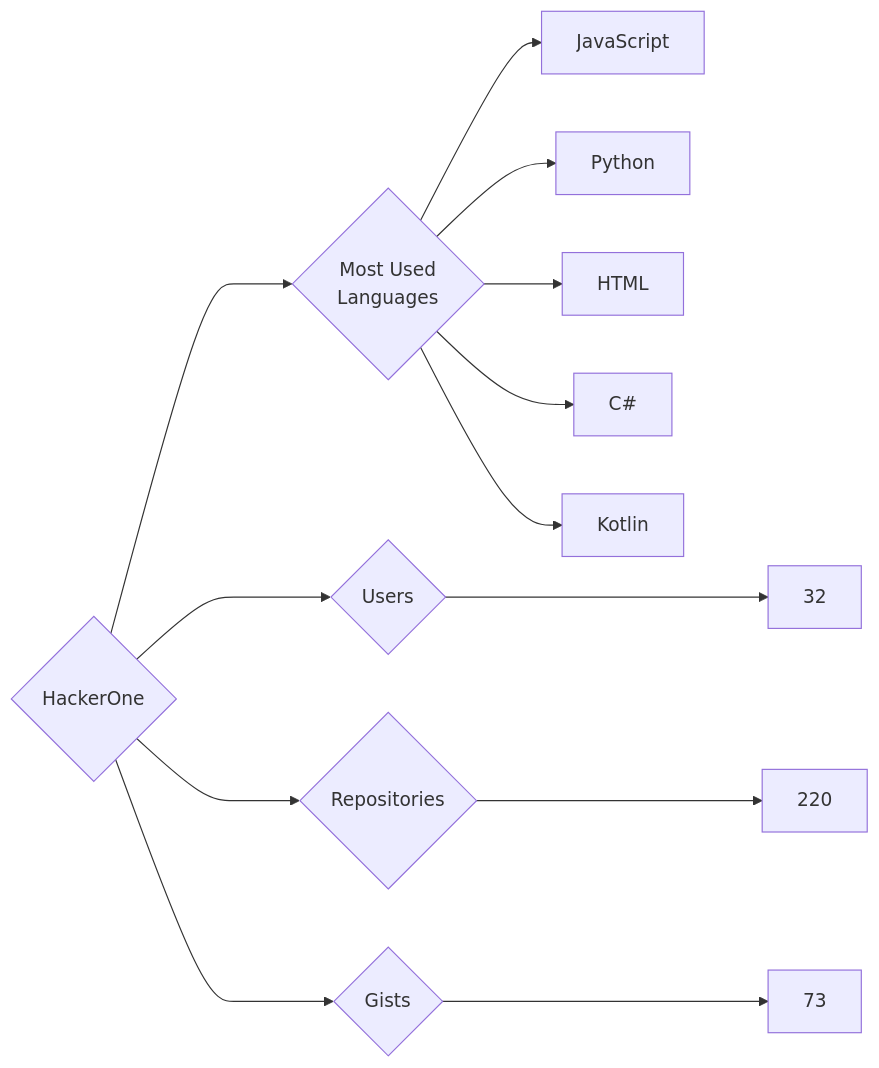
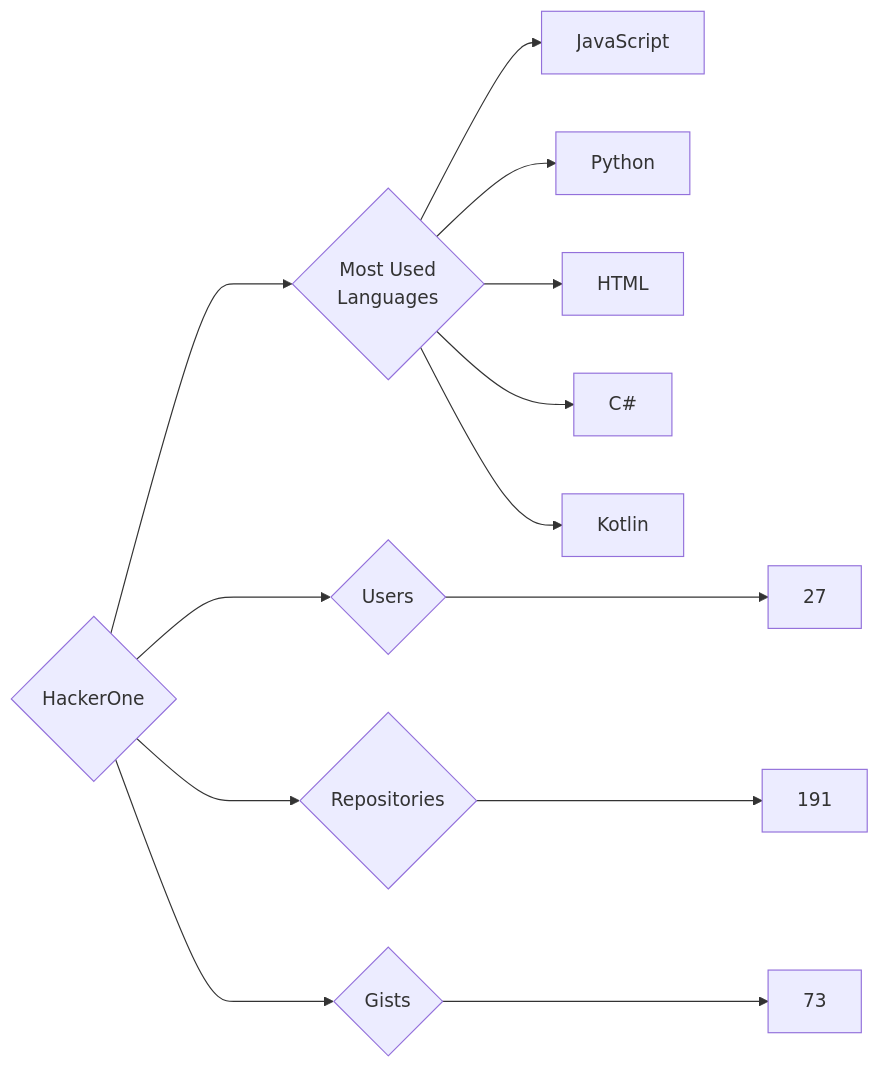
One commit to trickest/insiders changed the diagram in targets/HackerOne/README.md. Above: the diagram before and after it, drawn with Mermaid. The commit also changed 874 other files, not shown here.

````diff
--- a/targets/HackerOne/README.md
+++ b/targets/HackerOne/README.md
@@ -3,13 +3,13 @@
 ```mermaid
 graph LR
 COMPANY_NAME{HackerOne}
-COMPANY_NAME ---> U{Users} ---> UN[32]
-COMPANY_NAME ---> R{Repositories} ---> RN[220]
+COMPANY_NAME ---> U{Users} ---> UN[27]
+COMPANY_NAME ---> R{Repositories} ---> RN[191]
 COMPANY_NAME ---> G{Gists} ---> GN[73]
 COMPANY_NAME ---> ML{Most Used<br>Languages}
 ML --> JavaScript[JavaScript]
 ML --> Python[Python]
 ML --> HTML[HTML]
 ML --> C#[C#]
 ML --> Kotlin[Kotlin]
 ```
````
